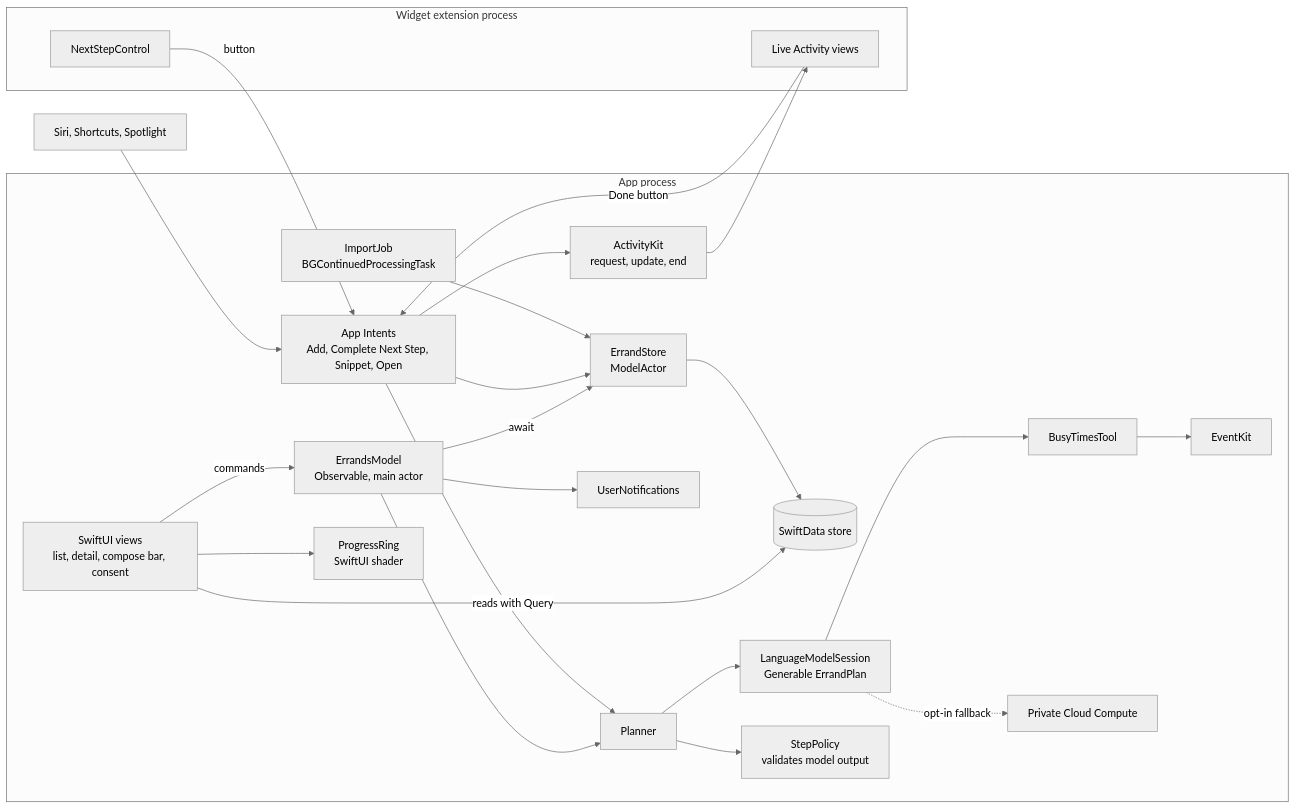
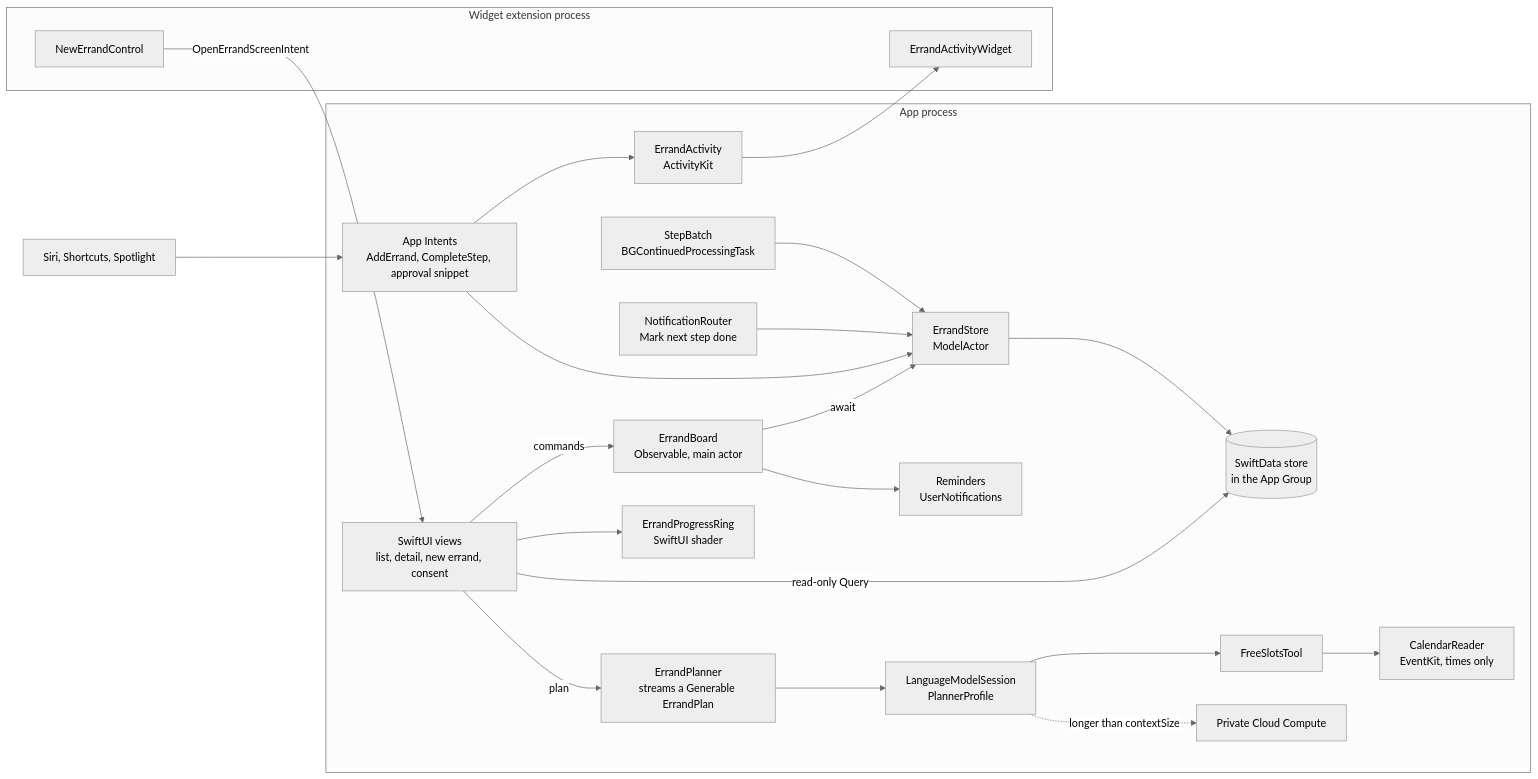
One commit to ehzawad/ideation-of-ios-app changed the first of 2 diagrams in learn/capstone-errand.md. Above: the diagram before and after it, drawn with Mermaid (neutral theme). The commit also changed other lines of this file and 4 other files, not shown here.

Commit message:
Glossary (219 terms); Book 3 chapter 14: the simulator; fix @State, contextSize and hang-threshold inconsistencies

````diff
--- a/learn/capstone-errand.md
+++ b/learn/capstone-errand.md
@@ -37,29 +37,27 @@
 ```mermaid
 flowchart LR
   subgraph APP["App process"]
-    V["SwiftUI views<br/>list, detail, compose bar, consent"] -->|"commands"| OM["ErrandsModel<br/>Observable, main actor"]
-    V -->|"reads with Query"| DB[("SwiftData store")]
-    OM -->|"await"| ST["ErrandStore<br/>ModelActor"]
+    V["SwiftUI views<br/>list, detail, new errand, consent"] -->|"commands"| B["ErrandBoard<br/>Observable, main actor"]
+    V -->|"read-only Query"| DB[("SwiftData store<br/>in the App Group")]
+    B -->|"await"| ST["ErrandStore<br/>ModelActor"]
     ST --> DB
-    OM --> PL["Planner"]
-    PL --> FM["LanguageModelSession<br/>Generable ErrandPlan"]
-    FM --> TL["BusyTimesTool"]
-    TL --> EK["EventKit"]
-    FM -.->|"opt-in fallback"| PCC["Private Cloud Compute"]
-    PL --> SP["StepPolicy<br/>validates model output"]
-    AI["App Intents<br/>Add, Complete Next Step, Snippet, Open"] --> ST
-    AI --> PL
-    AI --> LA["ActivityKit<br/>request, update, end"]
-    BG["ImportJob<br/>BGContinuedProcessingTask"] --> ST
-    OM --> UN["UserNotifications"]
-    V --> SH["ProgressRing<br/>SwiftUI shader"]
+    B --> UN["Reminders<br/>UserNotifications"]
+    V -->|"plan"| PL["ErrandPlanner<br/>streams a Generable ErrandPlan"]
+    PL --> FM["LanguageModelSession<br/>PlannerProfile"]
+    FM --> TL["FreeSlotsTool"]
+    TL --> CR["CalendarReader<br/>EventKit, times only"]
+    FM -.->|"longer than contextSize"| PCC["Private Cloud Compute"]
+    AI["App Intents<br/>AddErrand, CompleteStep, approval snippet"] --> ST
+    AI --> LA["ErrandActivity<br/>ActivityKit"]
+    NR["NotificationRouter<br/>Mark next step done"] --> ST
+    BG["StepBatch<br/>BGContinuedProcessingTask"] --> ST
+    V --> RG["ErrandProgressRing<br/>SwiftUI shader"]
   end
   subgraph EXT["Widget extension process"]
-    LAV["Live Activity views"]
-    CW["NextStepControl"]
+    LAV["ErrandActivityWidget"]
+    CW["NewErrandControl"]
   end
   SYS["Siri, Shortcuts, Spotlight"] --> AI
   LA --> LAV
-  LAV -->|"Done button"| AI
-  CW -->|"button"| AI
+  CW -->|"OpenErrandScreenIntent"| V
 ```
````
